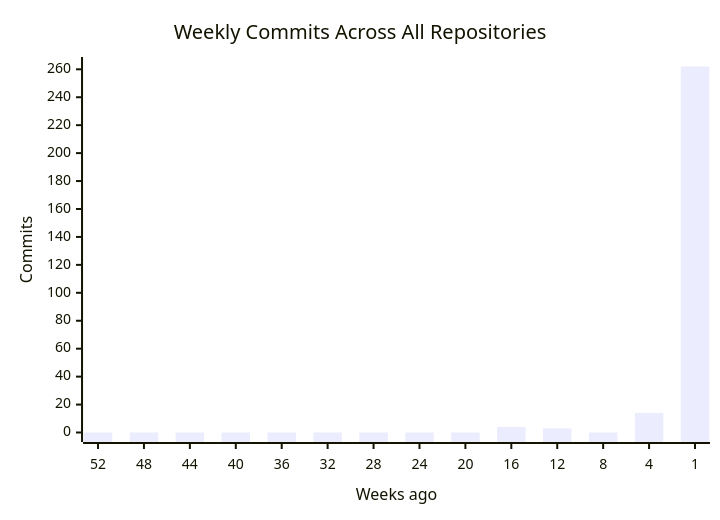
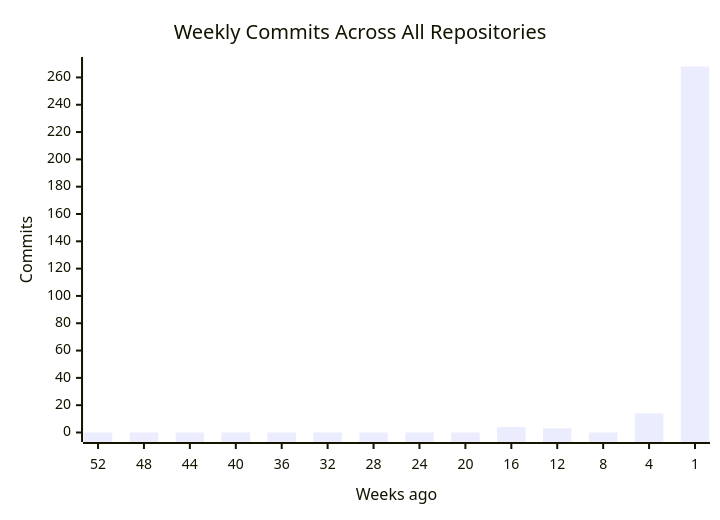
The first of 4 diagrams in profile/README.md (CSTH-Projects/.github), drawn with Mermaid before and after one commit. The commit also changed other lines of this file, not shown here.

````diff
--- a/profile/README.md
+++ b/profile/README.md
@@ -16,7 +16,7 @@
 ```mermaid
 xychart-beta
     title "Weekly Commits Across All Repositories"
     x-axis "Weeks ago" [52, 48, 44, 40, 36, 32, 28, 24, 20, 16, 12, 8, 4, 1]
     y-axis "Commits"
-    bar [0, 0, 0, 0, 0, 0, 0, 0, 0, 4, 3, 0, 14, 262]
+    bar [0, 0, 0, 0, 0, 0, 0, 0, 0, 4, 3, 0, 14, 268]
 ```
````
